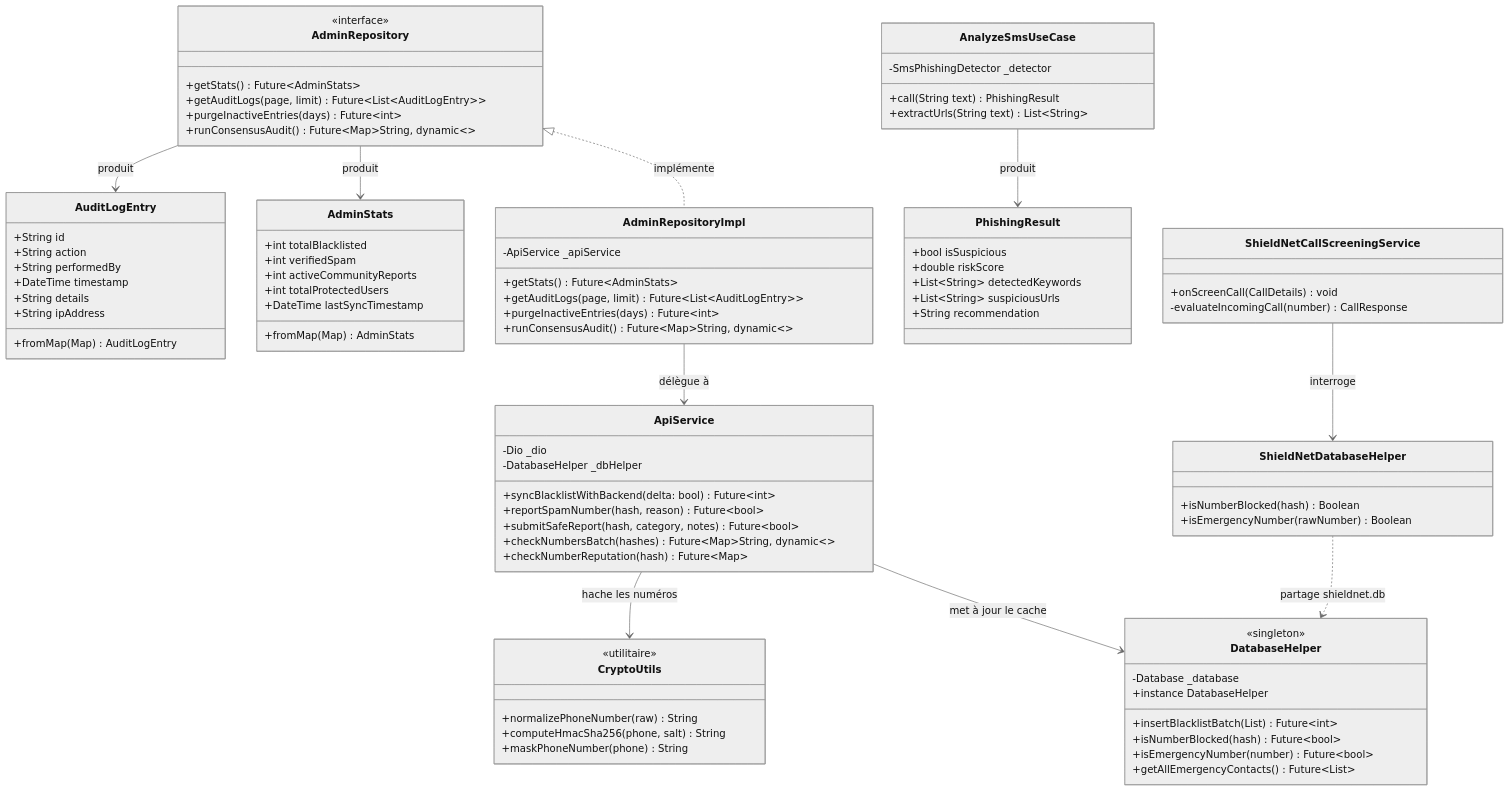
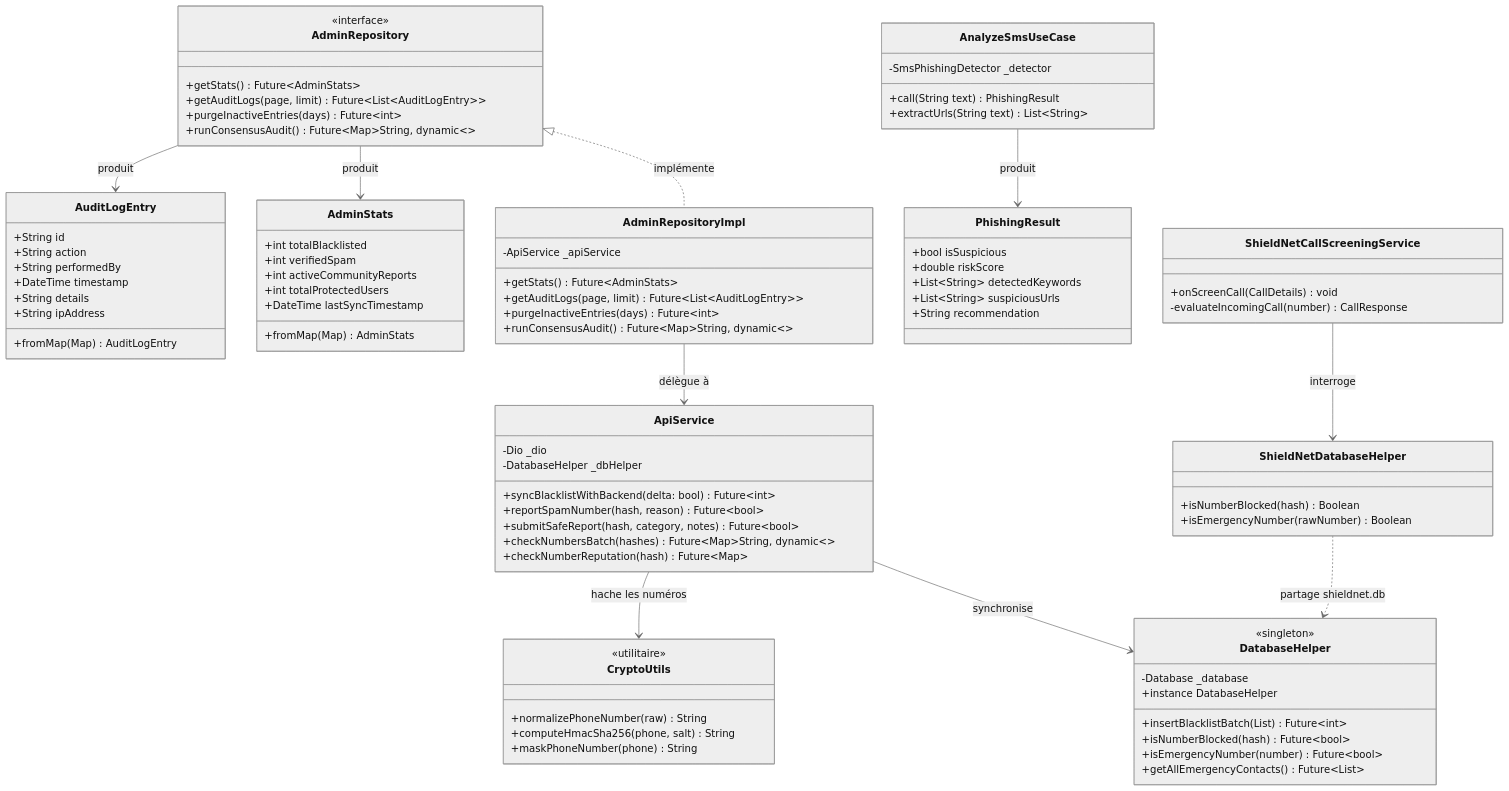
The third of 7 diagrams in docs/ARCHITECTURE_ET_CONCEPTION.md (fadelilyas01/Projet-Synth-se), drawn with Mermaid (neutral theme) before and after one commit. The commit also changed other lines of this file and 13 other files, not shown here.

```diff
--- a/docs/ARCHITECTURE_ET_CONCEPTION.md
+++ b/docs/ARCHITECTURE_ET_CONCEPTION.md
@@ -176,7 +175,7 @@
         +runConsensusAudit() Future~Map~String, dynamic~~
     }
 
-    %% Services du socle technique
+    %% Socle Technique
     class ApiService {
         -Dio _dio
         -DatabaseHelper _dbHelper
@@ -221,7 +220,7 @@
     AdminRepository --> AdminStats : produit
     AdminRepository --> AuditLogEntry : produit
     AnalyzeSmsUseCase --> PhishingResult : produit
-    ApiService --> DatabaseHelper : met à jour le cache
+    ApiService --> DatabaseHelper : synchronise
     ApiService --> CryptoUtils : hache les numéros
     ShieldNetCallScreeningService --> ShieldNetDatabaseHelper : interroge
     ShieldNetDatabaseHelper ..> DatabaseHelper : partage shieldnet.db
```
